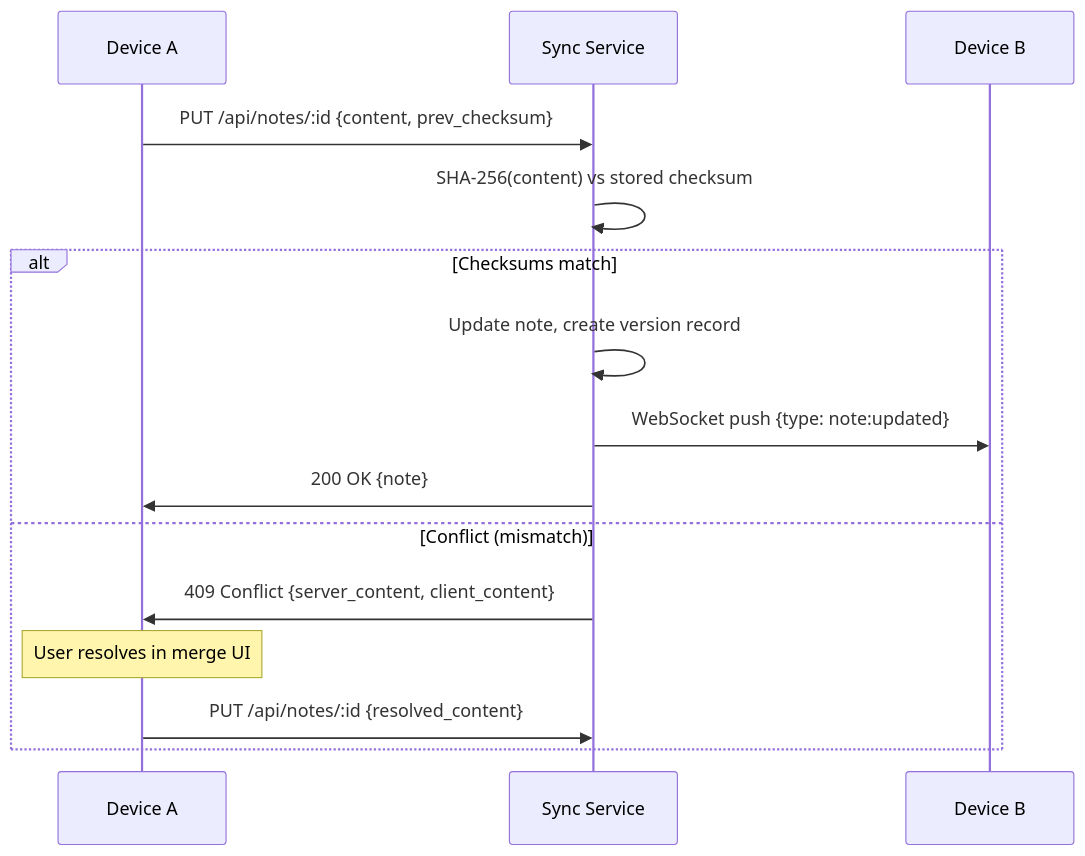
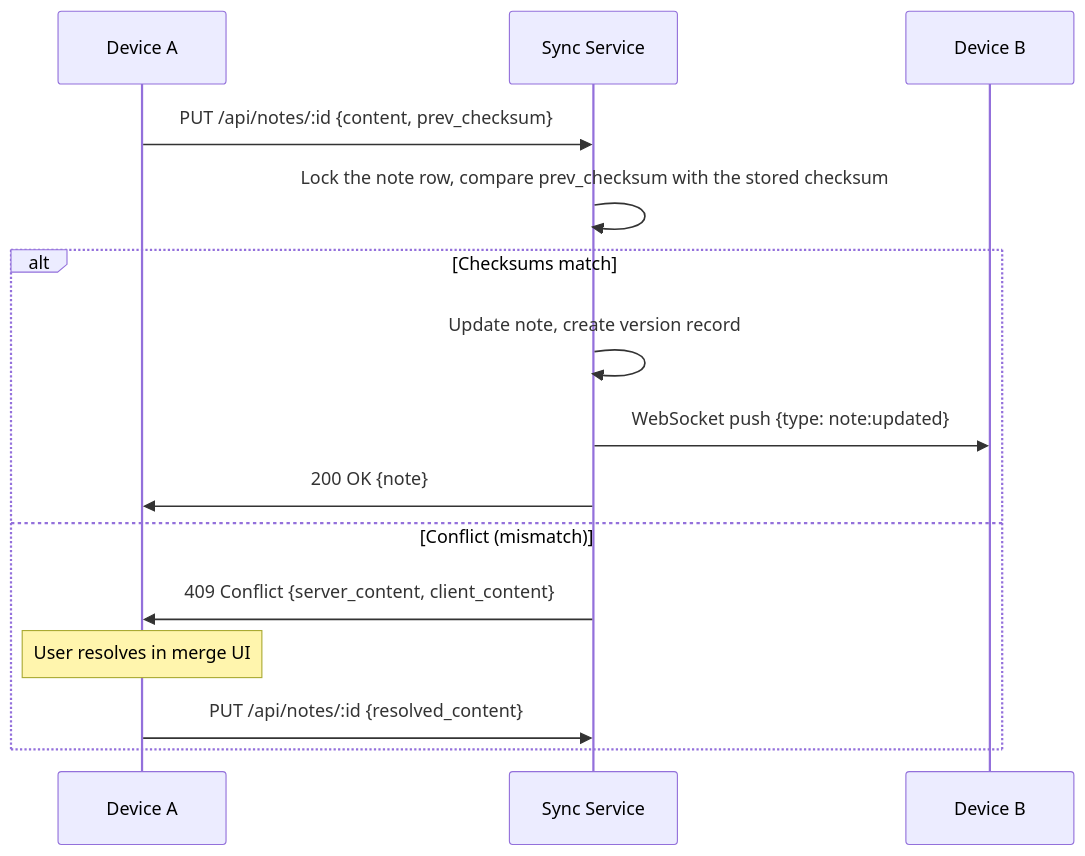
One commit to Tombomeke-Studios/NexusNotes changed the second of 4 diagrams in docs/architecture.md. Above: the diagram before and after it, drawn with Mermaid. The commit also changed other lines of this file and 4 other files, not shown here.

````diff
--- a/docs/architecture.md
+++ b/docs/architecture.md
@@ -69,18 +69,18 @@
 ```mermaid
 sequenceDiagram
     participant A as Device A
     participant S as Sync Service
     participant B as Device B
 
     A->>S: PUT /api/notes/:id {content, prev_checksum}
-    S->>S: SHA-256(content) vs stored checksum
+    S->>S: Lock the note row, compare prev_checksum with the stored checksum
     alt Checksums match
         S->>S: Update note, create version record
         S->>B: WebSocket push {type: note:updated}
         S->>A: 200 OK {note}
     else Conflict (mismatch)
         S->>A: 409 Conflict {server_content, client_content}
         Note over A: User resolves in merge UI
         A->>S: PUT /api/notes/:id {resolved_content}
     end
 ```
````
